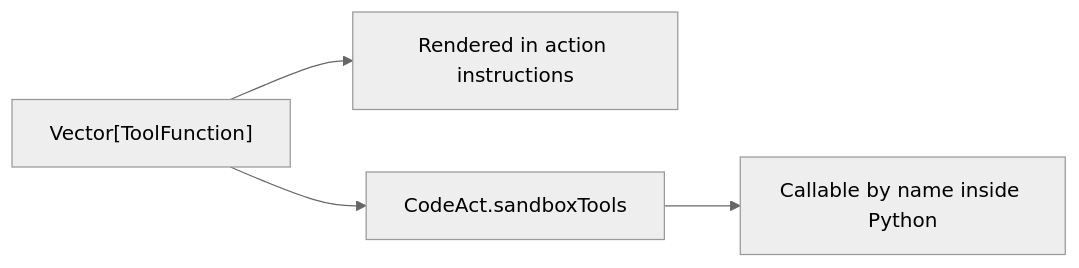
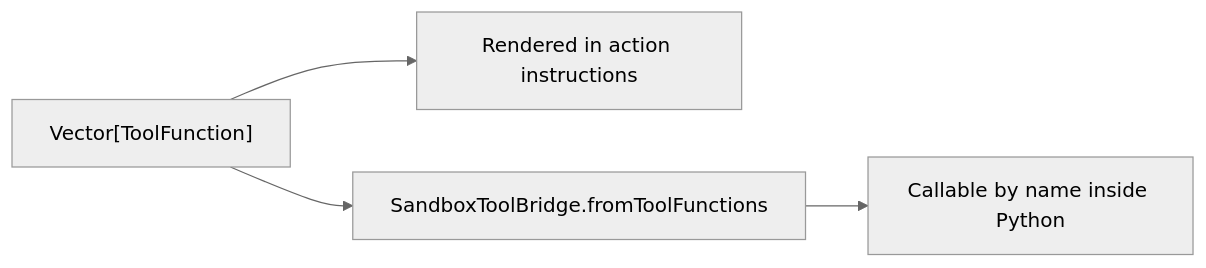
One commit to jpablo/dspy4s changed the fifth of 6 diagrams in modules/programs/src/main/scala/dspy4s/programs/strategies/RLM.md. Above: the diagram before and after it, drawn with Mermaid (neutral theme). The commit also changed other lines of this file and 429 other files, not shown here.

````diff
--- a/modules/programs/src/main/scala/dspy4s/programs/strategies/RLM.md
+++ b/modules/programs/src/main/scala/dspy4s/programs/strategies/RLM.md
@@ -404,7 +408,7 @@
 ```mermaid
 flowchart LR
     tools["Vector[ToolFunction]"]
     tools --> instructions["Rendered in action instructions"]
-    tools --> bridge["CodeAct.sandboxTools"]
+    tools --> bridge["SandboxToolBridge.fromToolFunctions"]
     bridge --> repl["Callable by name inside Python"]
 ```
````
